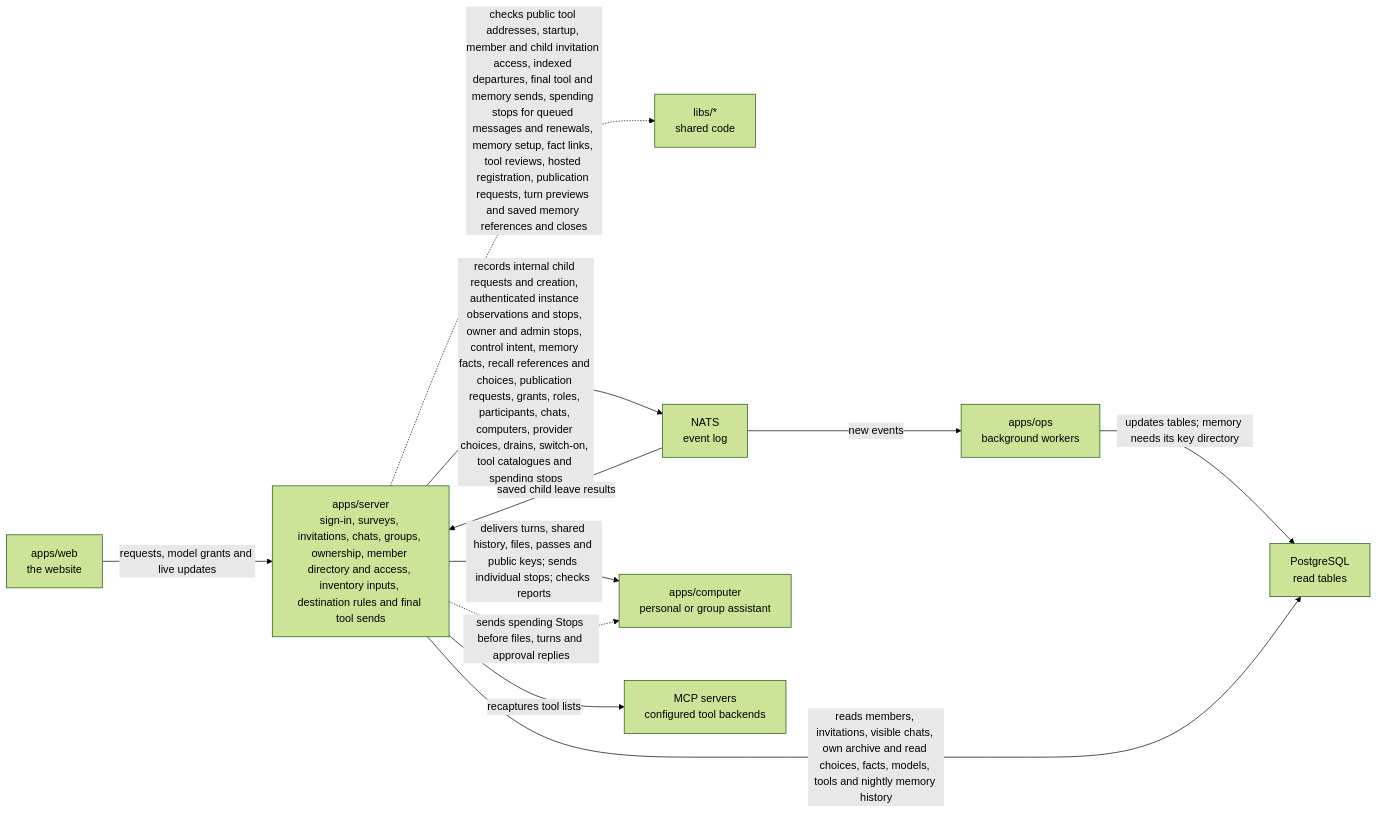
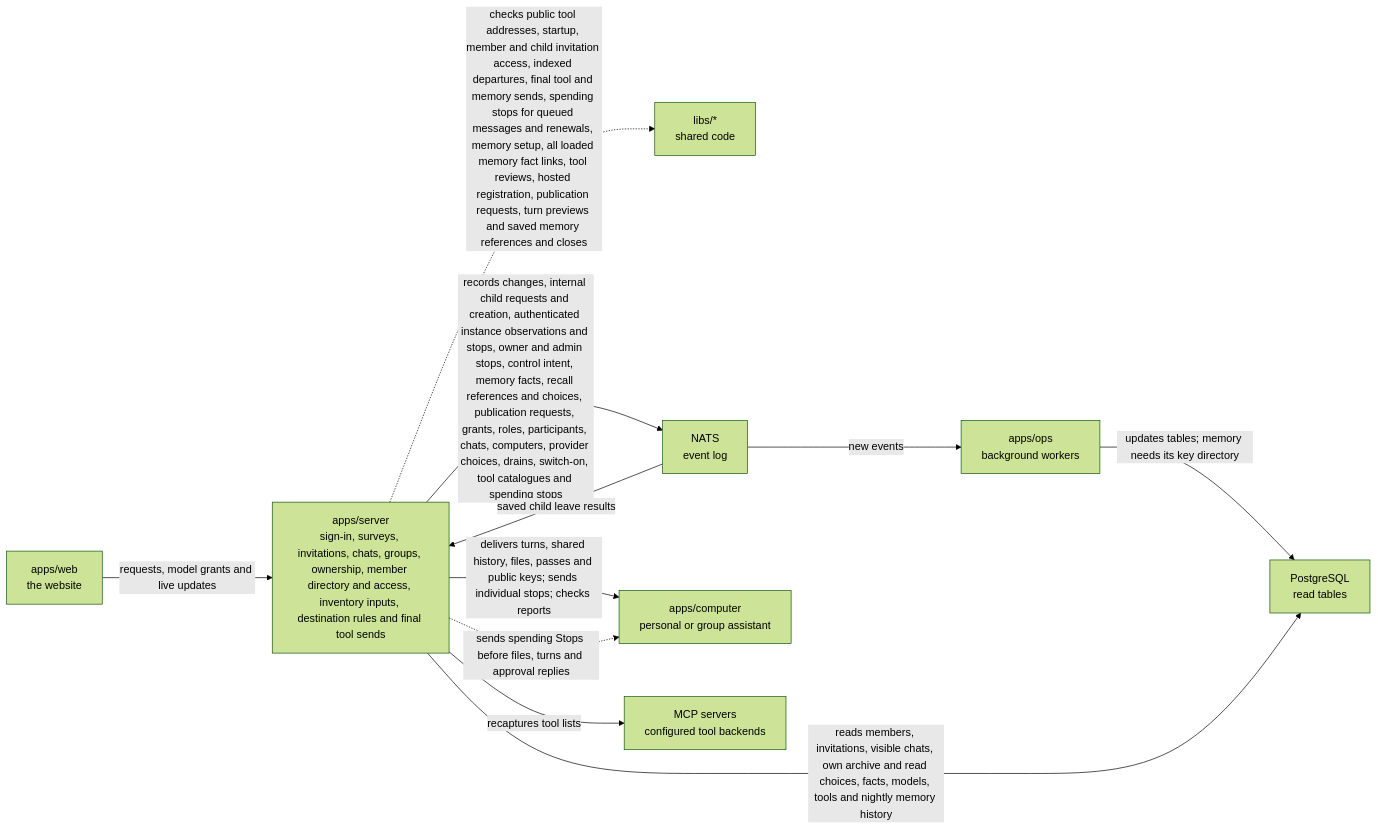
The diagram in apps/server/README.md (elewa-git/opencrane-new), drawn with Mermaid (forest theme) before and after one commit. The commit also changed other lines of this file and 9 other files, not shown here.

Commit message:
🔒 Bind recall proofs and personal writes to all loaded memory

````diff
--- a/apps/server/README.md
+++ b/apps/server/README.md
@@ -11,13 +11,13 @@
 ```mermaid
 flowchart LR
   web["apps/web<br/>the website"] -->|requests, model grants and live updates| server["apps/server<br/>sign-in, surveys, invitations, chats, groups, ownership, member directory and access, inventory inputs, destination rules and final tool sends"]
-  server -.->|checks public tool addresses, startup, member and child invitation access, indexed departures, final tool and memory sends, spending stops for queued messages and renewals, memory setup, fact links, tool reviews, hosted registration, publication requests, turn previews and saved memory references and closes| libs["libs/*<br/>shared code"]
-  server -->|records internal child requests and creation, authenticated instance observations and stops, owner and admin stops, control intent, memory facts, recall references and choices, publication requests, grants, roles, participants, chats, computers, provider choices, drains, switch-on, tool catalogues and spending stops| nats["NATS<br/>event log"]
+  server -.->|checks public tool addresses, startup, member and child invitation access, indexed departures, final tool and memory sends, spending stops for queued messages and renewals, memory setup, all loaded memory fact links, tool reviews, hosted registration, publication requests, turn previews and saved memory references and closes| libs["libs/*<br/>shared code"]
+  server -->|records changes, internal child requests and creation, authenticated instance observations and stops, owner and admin stops, control intent, memory facts, recall references and choices, publication requests, grants, roles, participants, chats, computers, provider choices, drains, switch-on, tool catalogues and spending stops| nats["NATS<br/>event log"]
   nats -->|saved child leave results| server
   nats -->|new events| ops["apps/ops<br/>background workers"]
   ops -->|updates tables; memory needs its key directory| postgres["PostgreSQL<br/>read tables"]
   server -->|reads members, invitations, visible chats, own archive and read choices, facts, models, tools and nightly memory history| postgres
   server -->|delivers turns, shared history, files, passes and public keys; sends individual stops; checks reports| computer["apps/computer<br/>personal or group assistant"]
   server -->|recaptures tool lists| mcp["MCP servers<br/>configured tool backends"]
   server -.->|sends spending Stops before files, turns and approval replies| computer
 ```
````
